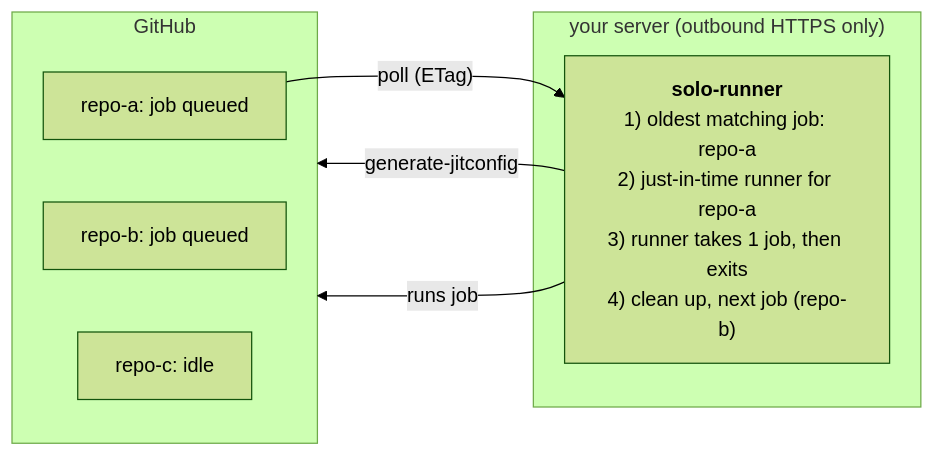
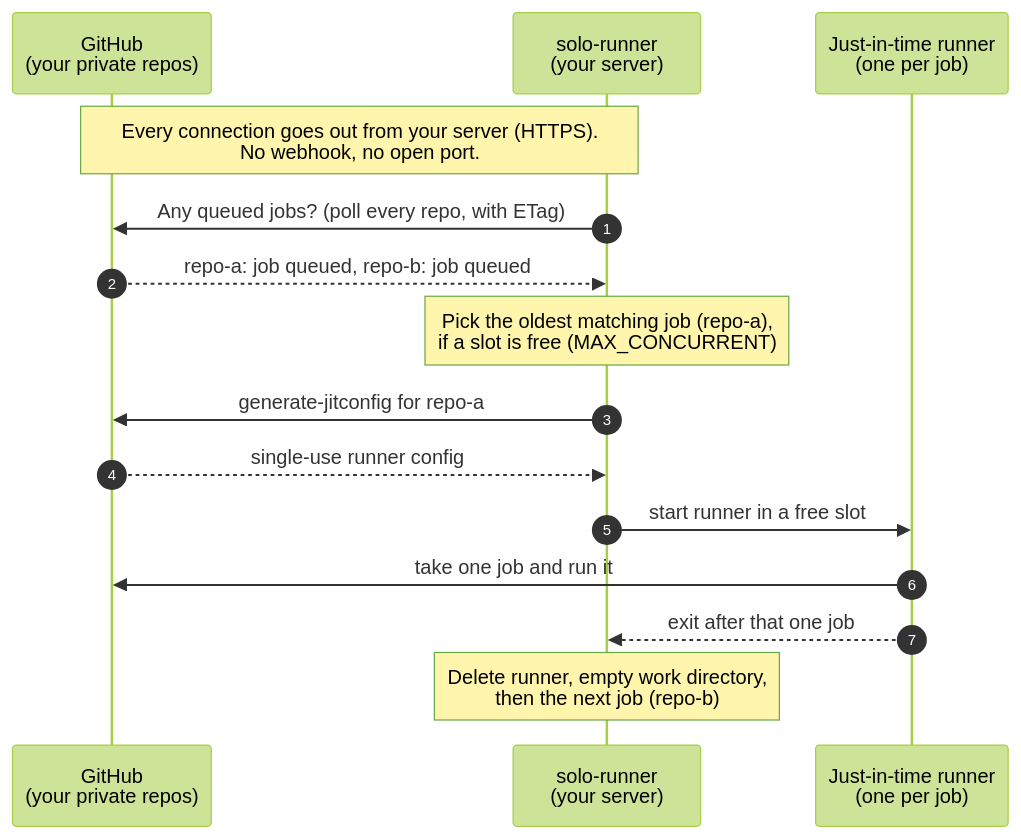
Before and after one commit to sebiweise/solo-runner: the diagram in README.md, drawn with Mermaid (forest theme). The commit also changed 1 other file, not shown here.

Commit message:
Make the Mermaid diagrams easier to follow
The README overview becomes a numbered sequence diagram of one poll, runner
and cleanup cycle; the proposal diagram gets colours and edge labels.

Claude-Session: https://claude.ai/code/session_01WApp37sHuaDGKQT8MJ4jnv

````diff
--- a/README.md
+++ b/README.md
@@ -21,14 +21,17 @@
 ```mermaid
-flowchart LR
-    subgraph github["GitHub"]
-        repoA["repo-a: job queued"]
-        repoB["repo-b: job queued"]
-        repoC["repo-c: idle"]
-    end
-    subgraph server["your server (outbound HTTPS only)"]
-        sr["<b>solo-runner</b><br>1) oldest matching job: repo-a<br>2) just-in-time runner for repo-a<br>3) runner takes 1 job, then exits<br>4) clean up, next job (repo-b)"]
-    end
-    repoA -- "poll (ETag)" --> sr
-    sr -- "generate-jitconfig" --> github
-    sr -- "runs job" --> github
+sequenceDiagram
+    autonumber
+    participant GH as GitHub<br>(your private repos)
+    participant SR as solo-runner<br>(your server)
+    participant R as Just-in-time runner<br>(one per job)
+    Note over GH,SR: Every connection goes out from your server (HTTPS).<br>No webhook, no open port.
+    SR->>GH: Any queued jobs? (poll every repo, with ETag)
+    GH-->>SR: repo-a: job queued, repo-b: job queued
+    Note over SR: Pick the oldest matching job (repo-a),<br>if a slot is free (MAX_CONCURRENT)
+    SR->>GH: generate-jitconfig for repo-a
+    GH-->>SR: single-use runner config
+    SR->>R: start runner in a free slot
+    R->>GH: take one job and run it
+    R-->>SR: exit after that one job
+    Note over SR: Delete runner, empty work directory,<br>then the next job (repo-b)
 ```
````
